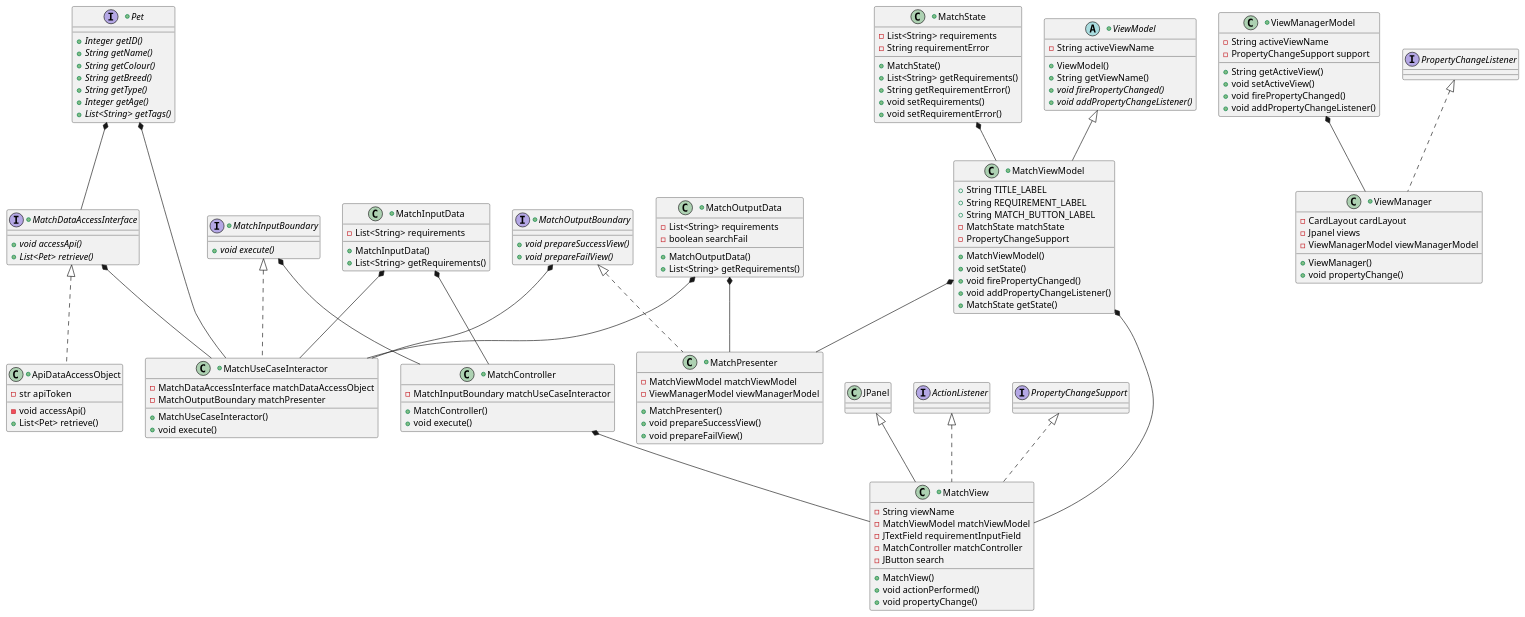
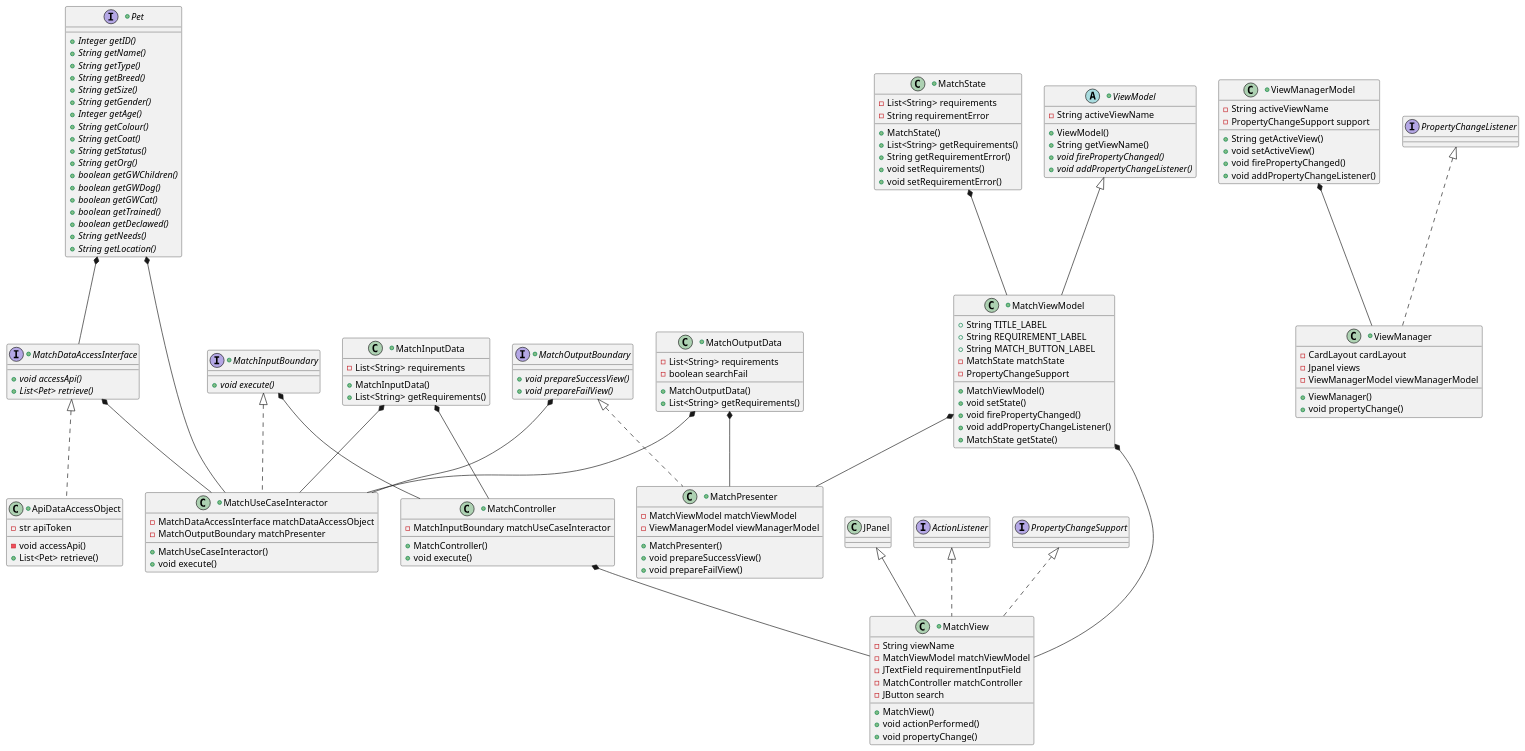
Before and after one commit to Viceu/CSC207-PetPal: the diagram in diagrams/PetMatchUseCase.puml, drawn with PlantUML.

Commit message:
Added methods to Pet Interface

```diff
--- a/diagrams/PetMatchUseCase.puml
+++ b/diagrams/PetMatchUseCase.puml
@@ -1,144 +1,158 @@
 @startuml
 'https://plantuml.com/sequence-diagram
+
+'getStatus(return "adoptable")
+'goodwith -- children/dog/cat -- return bool
 
 +interface Pet {
     {abstract} +Integer getID()
     {abstract} +String getName()
+    {abstract} +String getType()
+    {abstract} +String getBreed()
+    {abstract} +String getSize()
+    {abstract} +String getGender()
+    {abstract} +Integer getAge()
     {abstract} +String getColour()
-    {abstract} +String getBreed()
-    {abstract} +String getType()
-    {abstract} +Integer getAge()
-    {abstract} +List<String> getTags()
+    {abstract} +String getCoat()
+    {abstract} +String getStatus()
+    {abstract} +String getOrg()
+    {abstract} +boolean getGWChildren()
+    {abstract} +boolean getGWDog()
+    {abstract} +boolean getGWCat()
+    {abstract} +boolean getTrained()
+    {abstract} +boolean getDeclawed()
+    {abstract} +String getNeeds()
+    {abstract} +String getLocation()
 }
 
 +class ViewManagerModel {
     -String activeViewName
     -PropertyChangeSupport support
     +String getActiveView()
     + void setActiveView()
     +void firePropertyChanged()
     +void addPropertyChangeListener()
 }
 
 +class MatchController {
     -MatchInputBoundary matchUseCaseInteractor
     +MatchController()
     +void execute()
 }
 
 +class MatchPresenter implements MatchOutputBoundary {
     -MatchViewModel matchViewModel
     -ViewManagerModel viewManagerModel
     +MatchPresenter()
     +void prepareSuccessView()
     +void prepareFailView()
 }
 
 +class MatchState {
     -List<String> requirements
     -String requirementError
     +MatchState()
     +List<String> getRequirements()
     +String getRequirementError()
     +void setRequirements()
     +void setRequirementError()
 }
 
 +class MatchViewModel extends ViewModel {
     +String TITLE_LABEL
     +String REQUIREMENT_LABEL
     +String MATCH_BUTTON_LABEL
     -MatchState matchState
     +MatchViewModel()
     +void setState()
     -PropertyChangeSupport
     +void firePropertyChanged()
     +void addPropertyChangeListener()
     +MatchState getState()
 }
 
 +abstract class ViewModel {
     -String activeViewName
     +ViewModel()
     +String getViewName()
     {abstract} +void firePropertyChanged()
     {abstract} +void addPropertyChangeListener()
 }
 
 +interface MatchInputBoundary {
     {abstract} +void execute()
 }
 
 +class MatchInputData {
     -List<String> requirements
     +MatchInputData()
     +List<String> getRequirements()
 }
 
 +class MatchUseCaseInteractor implements MatchInputBoundary {
     -MatchDataAccessInterface matchDataAccessObject
     -MatchOutputBoundary matchPresenter
     +MatchUseCaseInteractor()
     +void execute()
 }
 
 +interface MatchOutputBoundary {
     {abstract} +void prepareSuccessView()
     {abstract} +void prepareFailView()
 }
 
 +class MatchOutputData {
     -List<String> requirements
     -boolean searchFail
     +MatchOutputData()
     +List<String> getRequirements()
 }
 
 +interface MatchDataAccessInterface {
     {abstract} +void accessApi()
     {abstract} +List<Pet> retrieve()
 }
 
 +class ApiDataAccessObject implements MatchDataAccessInterface {
     -str apiToken
     -void accessApi()
     +List<Pet> retrieve()
 }
 
 'requirement input needs to change format, not just text box
 +class MatchView extends JPanel implements ActionListener, PropertyChangeSupport {
     -String viewName
     -MatchViewModel matchViewModel
     -JTextField requirementInputField
     -MatchController matchController
     -JButton search
     +MatchView()
     +void actionPerformed()
     +void propertyChange()
 }
 
 +class ViewManager implements PropertyChangeListener {
     -CardLayout cardLayout
     -Jpanel views
     -ViewManagerModel viewManagerModel
     +ViewManager()
     +void propertyChange()
 }
 
 Pet *-- MatchDataAccessInterface
 Pet *-- MatchUseCaseInteractor
 MatchDataAccessInterface *-- MatchUseCaseInteractor
 MatchOutputBoundary *-- MatchUseCaseInteractor
 MatchOutputData *-- MatchUseCaseInteractor
 MatchInputData *-- MatchUseCaseInteractor
 MatchInputData *-- MatchController
 MatchInputBoundary *-- MatchController
 MatchOutputData *-- MatchPresenter
 MatchViewModel *-- MatchPresenter
 MatchViewModel *-- MatchView
 MatchController *-- MatchView
 ViewManagerModel *-- ViewManager
 MatchState *-- MatchViewModel
 
 
 @enduml
```
